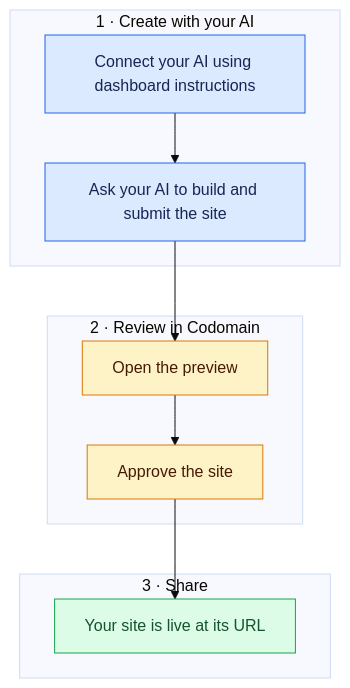
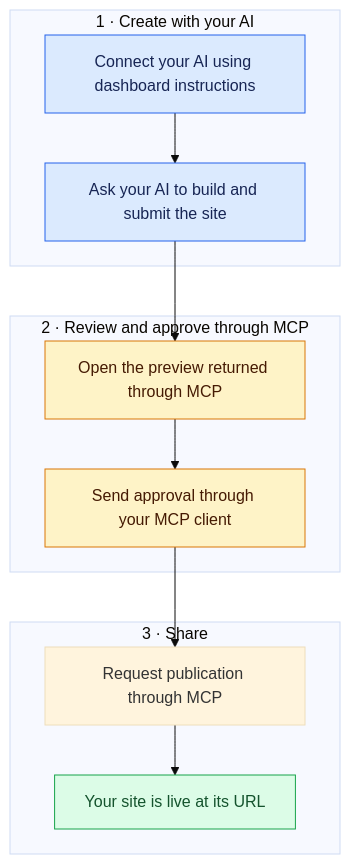
Before and after one commit to yildizib/codomain: the diagram in README.md, drawn with Mermaid (base theme). The commit also changed other lines of this file and 18 other files, not shown here.

````diff
--- a/README.md
+++ b/README.md
@@ -11,18 +11,18 @@
 ```mermaid
 flowchart TB
   subgraph create["1 · Create with your AI"]
     A["Connect your AI using dashboard instructions"] --> B["Ask your AI to build and submit the site"]
   end
-  subgraph review["2 · Review in Codomain"]
-    B --> C["Open the preview"] --> D["Approve the site"]
+  subgraph review["2 · Review and approve through MCP"]
+    B --> C["Open the preview returned through MCP"] --> D["Send approval through your MCP client"]
   end
   subgraph publish["3 · Share"]
-    D --> E["Your site is live at its URL"]
+    D --> P["Request publication through MCP"] --> E["Your site is live at its URL"]
   end
   classDef actor fill:#dbeafe,stroke:#2563eb,color:#172554;
   classDef reviewStep fill:#fef3c7,stroke:#d97706,color:#451a03;
   classDef live fill:#dcfce7,stroke:#16a34a,color:#14532d;
   class A,B actor;
   class C,D reviewStep;
   class E live;
 ```
````
